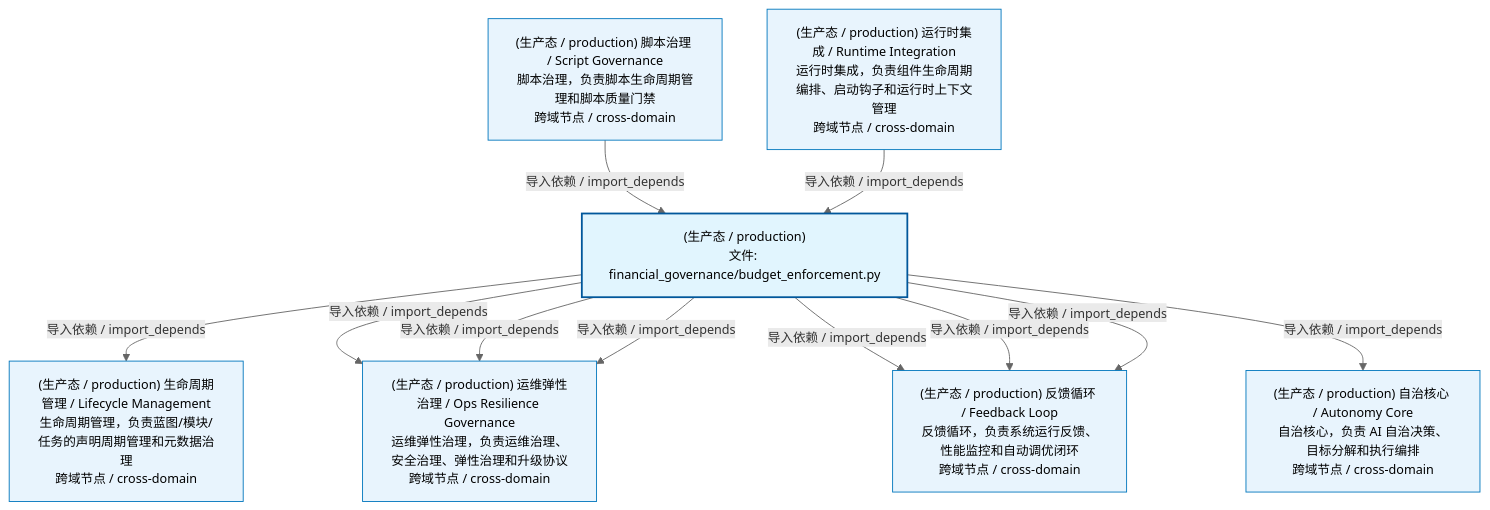
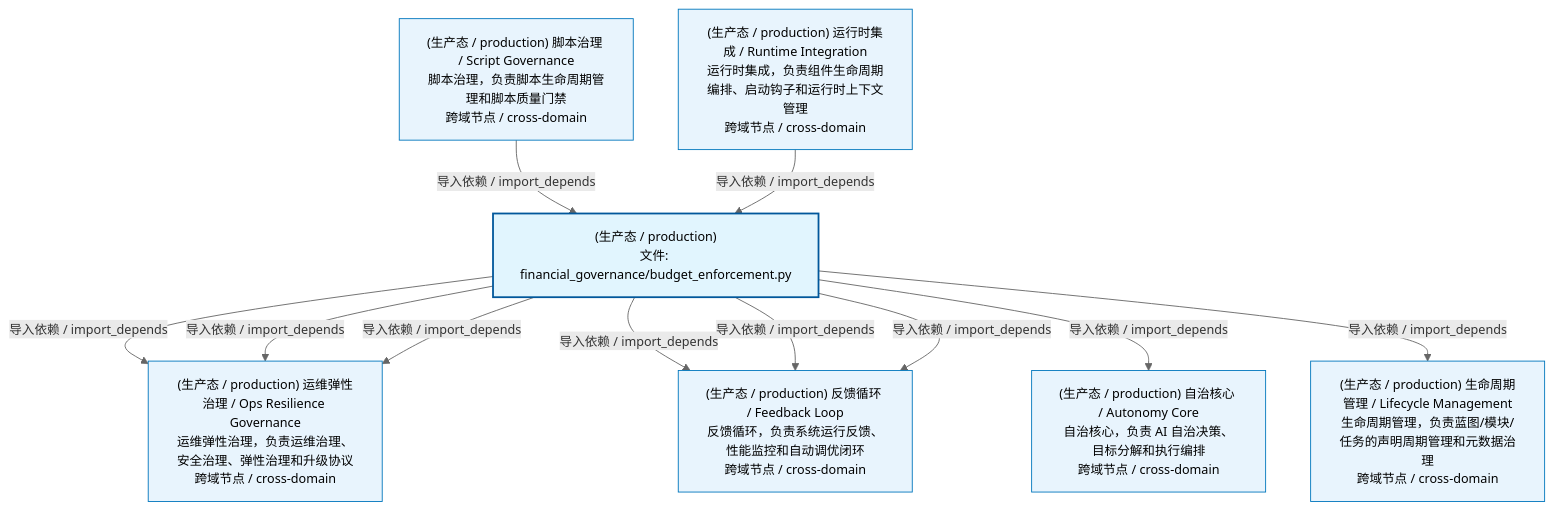
One commit to xuanFelixVan/ZephyrAlpha changed the first of 2 diagrams in docs/02_enterprise_architecture/02_domain_architecture_docs/54_d_gov_repair.md. Above: the diagram before and after it, drawn with Mermaid. The commit also changed other lines of this file and 87 other files, not shown here.

````diff
--- a/docs/02_enterprise_architecture/02_domain_architecture_docs/54_d_gov_repair.md
+++ b/docs/02_enterprise_architecture/02_domain_architecture_docs/54_d_gov_repair.md
@@ -53,27 +53,27 @@
 ```mermaid
 %%{init: {'theme': 'base', 'themeVariables': {'primaryColor': '#eaeaea', 'primaryTextColor': '#333333', 'primaryBorderColor': '#666666', 'lineColor': '#666666', 'secondaryColor': '#eaeaea', 'tertiaryColor': '#eaeaea', 'fontSize': '14px'}}}%%
 flowchart TD
     src_zephyr_governance_financial_governance_budget_enforcement_py["(生产态 / production)<br/>文件: financial_governance/budget_enforcement.py"]
-    D_GOVERNANCE["(生产态 / production) 生命周期管理 / Lifecycle Management<br/>生命周期管理，负责蓝图/模块/任务的声明周期管理和元数据治理<br/>跨域节点 / cross-domain"]
-    src_zephyr_governance_financial_governance_budget_enforcement_py -->|导入依赖 / import_depends| D_GOVERNANCE
     D_GOV_OPS_RESILIENCE["(生产态 / production) 运维弹性治理 / Ops Resilience Governance<br/>运维弹性治理，负责运维治理、安全治理、弹性治理和升级协议<br/>跨域节点 / cross-domain"]
-    src_zephyr_governance_financial_governance_budget_enforcement_py -->|导入依赖 / import_depends| D_GOV_OPS_RESILIENCE
     src_zephyr_governance_financial_governance_budget_enforcement_py -->|导入依赖 / import_depends| D_GOV_OPS_RESILIENCE
     D_OPS["(生产态 / production) 反馈循环 / Feedback Loop<br/>反馈循环，负责系统运行反馈、性能监控和自动调优闭环<br/>跨域节点 / cross-domain"]
     src_zephyr_governance_financial_governance_budget_enforcement_py -->|导入依赖 / import_depends| D_OPS
     D_AUTONOMY_CORE["(生产态 / production) 自治核心 / Autonomy Core<br/>自治核心，负责 AI 自治决策、目标分解和执行编排<br/>跨域节点 / cross-domain"]
     src_zephyr_governance_financial_governance_budget_enforcement_py -->|导入依赖 / import_depends| D_AUTONOMY_CORE
     src_zephyr_governance_financial_governance_budget_enforcement_py -->|导入依赖 / import_depends| D_OPS
+    src_zephyr_governance_financial_governance_budget_enforcement_py -->|导入依赖 / import_depends| D_GOV_OPS_RESILIENCE
+    D_GOVERNANCE["(生产态 / production) 生命周期管理 / Lifecycle Management<br/>生命周期管理，负责蓝图/模块/任务的声明周期管理和元数据治理<br/>跨域节点 / cross-domain"]
+    src_zephyr_governance_financial_governance_budget_enforcement_py -->|导入依赖 / import_depends| D_GOVERNANCE
     src_zephyr_governance_financial_governance_budget_enforcement_py -->|导入依赖 / import_depends| D_GOV_OPS_RESILIENCE
     src_zephyr_governance_financial_governance_budget_enforcement_py -->|导入依赖 / import_depends| D_OPS
     D_GOV_SCRIPTS["(生产态 / production) 脚本治理 / Script Governance<br/>脚本治理，负责脚本生命周期管理和脚本质量门禁<br/>跨域节点 / cross-domain"]
     D_GOV_SCRIPTS -->|导入依赖 / import_depends| src_zephyr_governance_financial_governance_budget_enforcement_py
     D_INFRA_RUNTIME["(生产态 / production) 运行时集成 / Runtime Integration<br/>运行时集成，负责组件生命周期编排、启动钩子和运行时上下文管理<br/>跨域节点 / cross-domain"]
     D_INFRA_RUNTIME -->|导入依赖 / import_depends| src_zephyr_governance_financial_governance_budget_enforcement_py
     classDef production fill:#e1f5fe,stroke:#01579b,stroke-width:2px,color:#000
     classDef design fill:#fff3e0,stroke:#e65100,stroke-width:2px,color:#000,stroke-dasharray: 5 5
     classDef external_prod fill:#e8f4fd,stroke:#0277bd,stroke-width:1px,color:#000
     classDef external_design fill:#fff8e7,stroke:#ef6c00,stroke-width:1px,color:#000,stroke-dasharray: 5 5
     class src_zephyr_governance_financial_governance_budget_enforcement_py production
-    class D_GOVERNANCE,D_GOV_OPS_RESILIENCE,D_OPS,D_AUTONOMY_CORE,D_GOV_SCRIPTS,D_INFRA_RUNTIME external_prod
+    class D_GOV_OPS_RESILIENCE,D_OPS,D_AUTONOMY_CORE,D_GOVERNANCE,D_GOV_SCRIPTS,D_INFRA_RUNTIME external_prod
 ```
````
